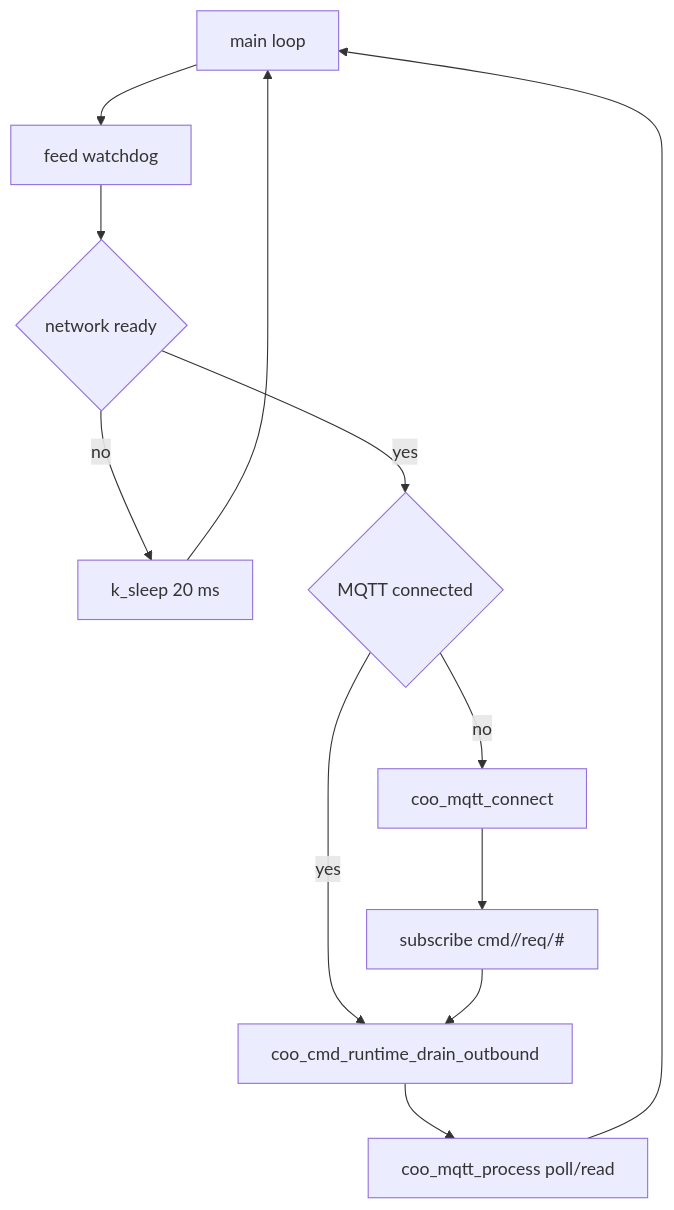
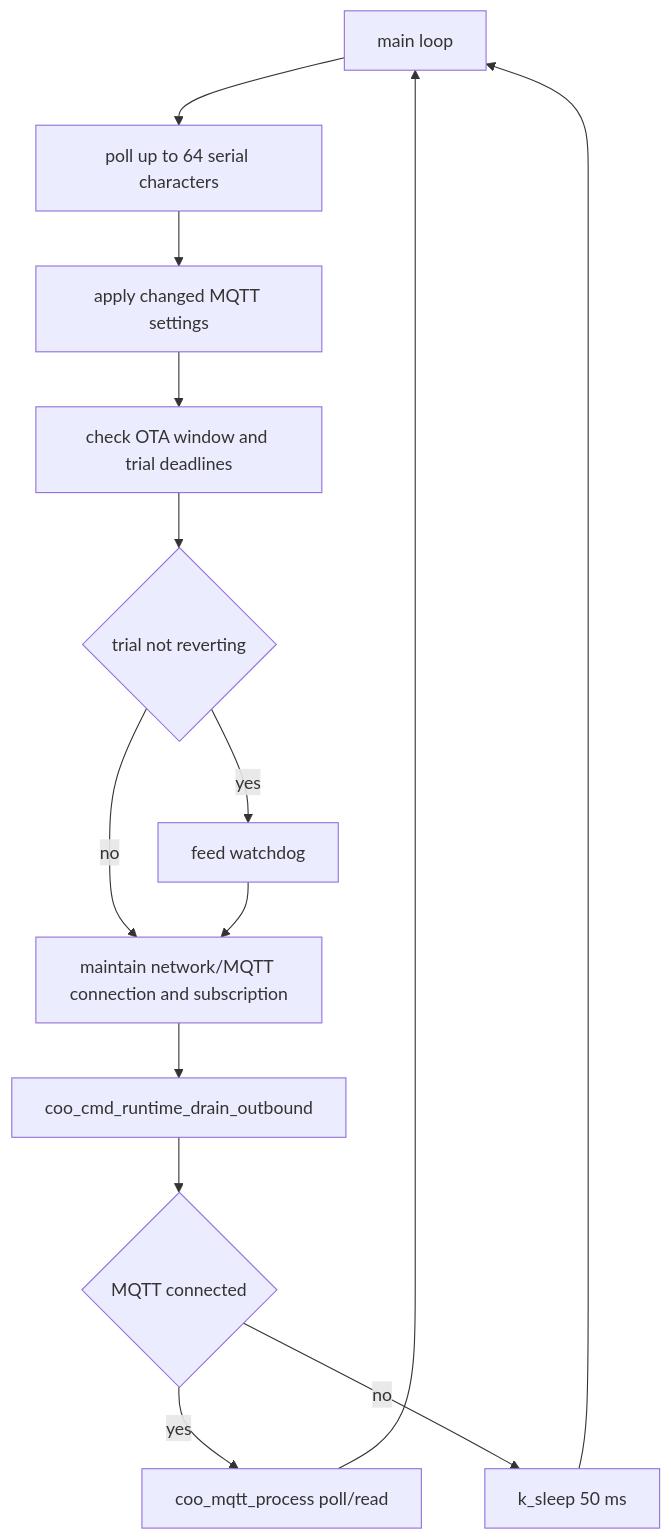
The third of 25 diagrams in doc/diagrams.md (COO-Utilities/hispec-tib), drawn with Mermaid before and after one commit. The commit also changed other lines of this file and 39 other files, not shown here.

````diff
--- a/doc/diagrams.md
+++ b/doc/diagrams.md
@@ -67,14 +69,16 @@
 ```mermaid
 flowchart TD
-  Loop[main loop] --> Feed[feed watchdog]
-  Feed --> Ready{network ready}
-  Ready -- no --> Sleep[k_sleep 20 ms]
-  Ready -- yes --> Connected{MQTT connected}
-  Connected -- no --> Connect[coo_mqtt_connect]
-  Connected -- yes --> Drain[coo_cmd_runtime_drain_outbound]
-  Connect --> Subscribe[subscribe cmd/<device>/req/#]
-  Subscribe --> Drain
-  Drain --> Process[coo_mqtt_process poll/read]
+  Loop[main loop] --> Serial[poll up to 64 serial characters]
+  Serial --> Config[apply changed MQTT settings]
+  Config --> OTA[check OTA window and trial deadlines]
+  OTA --> FeedAllowed{trial not reverting}
+  FeedAllowed -- yes --> Feed[feed watchdog]
+  FeedAllowed -- no --> Maintain[maintain network/MQTT connection and subscription]
+  Feed --> Maintain
+  Maintain --> Drain[coo_cmd_runtime_drain_outbound]
+  Drain --> Connected{MQTT connected}
+  Connected -- yes --> Process[coo_mqtt_process poll/read]
+  Connected -- no --> Sleep[k_sleep 50 ms]
   Process --> Loop
   Sleep --> Loop
 ```
````
